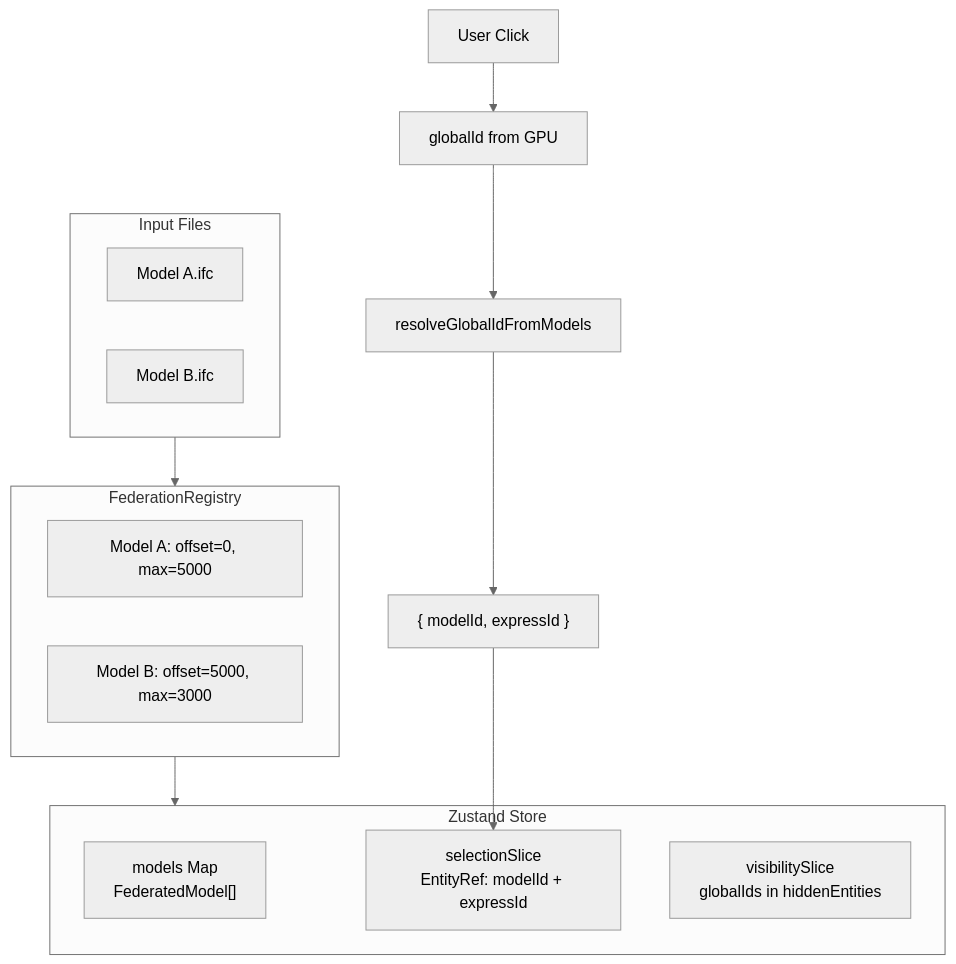
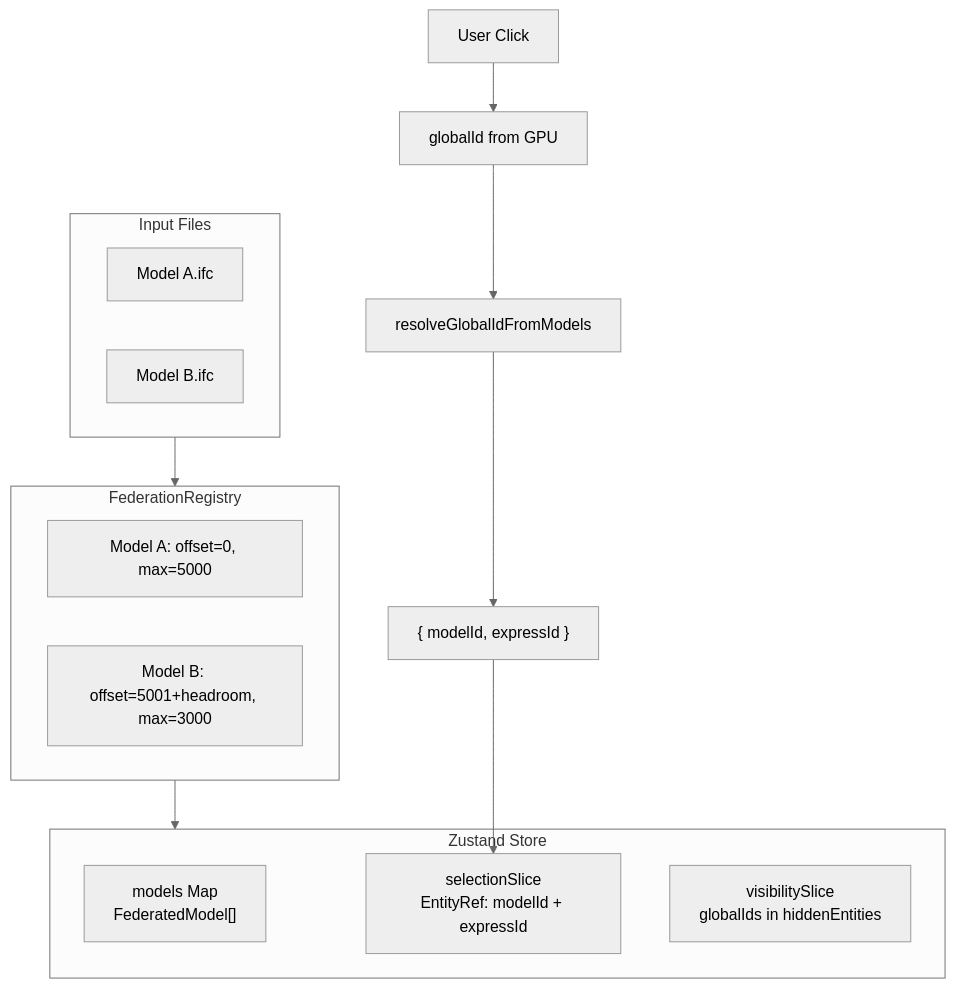
Diagram 15 of 16 in docs/architecture/data-flow.md (LTplus-AG/ifc-lite), drawn with Mermaid (neutral theme) before and after one commit. The commit also changed 14 other files, not shown here.

````diff
--- a/docs/architecture/data-flow.md
+++ b/docs/architecture/data-flow.md
@@ -416,26 +416,26 @@
 ```mermaid
 flowchart TB
     subgraph Files["Input Files"]
         File1["Model A.ifc"]
         File2["Model B.ifc"]
     end
 
     subgraph Registry["FederationRegistry"]
         Reg1["Model A: offset=0, max=5000"]
-        Reg2["Model B: offset=5000, max=3000"]
+        Reg2["Model B: offset=5001+headroom, max=3000"]
     end
 
     subgraph Store["Zustand Store"]
         Models["models Map<br/>FederatedModel[]"]
         Selection["selectionSlice<br/>EntityRef: modelId + expressId"]
         Visibility["visibilitySlice<br/>globalIds in hiddenEntities"]
     end
 
     Files --> Registry
     Registry --> Store
 
     Click["User Click"] --> GlobalId["globalId from GPU"]
     GlobalId --> Resolve["resolveGlobalIdFromModels"]
     Resolve --> EntityRef["{ modelId, expressId }"]
     EntityRef --> Selection
 ```
````
